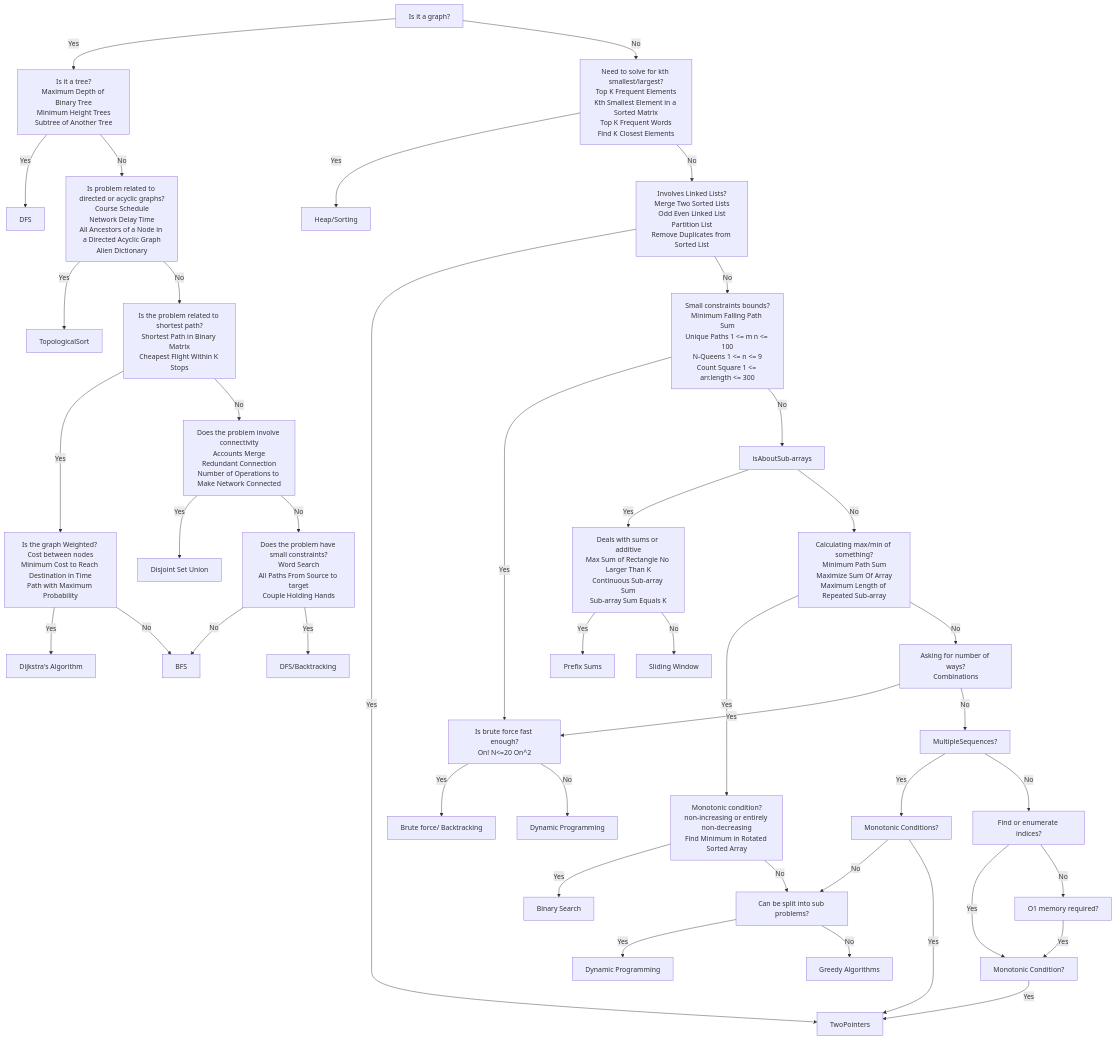
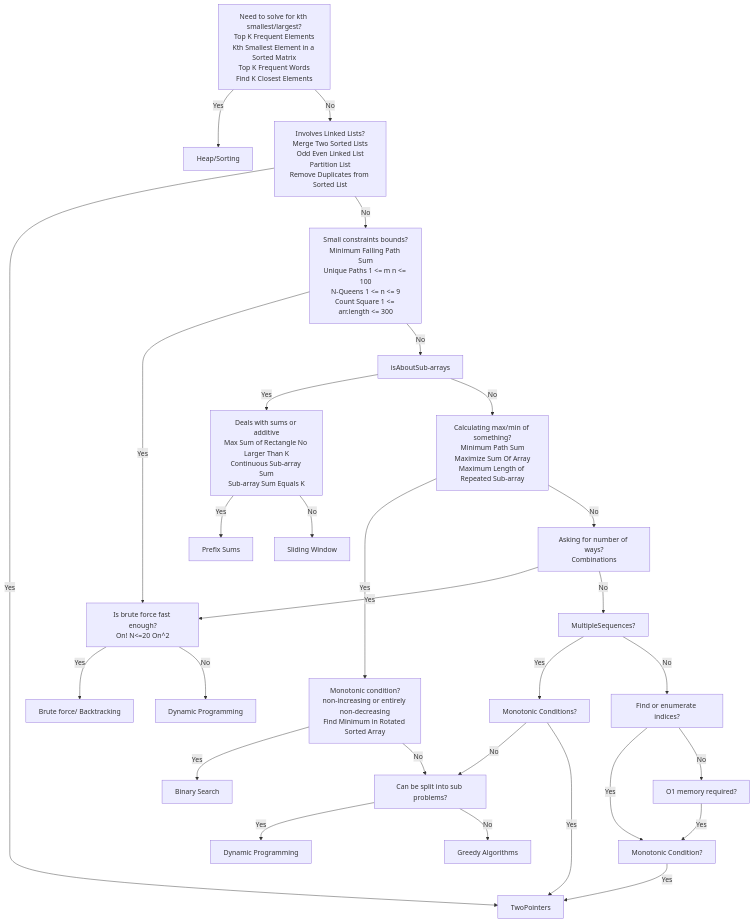
Before and after one commit to G1ukb/Sandbox_v2: the second of 2 diagrams in Leetcode/education/Algorithms.md, drawn with Mermaid.

Commit message:
- Fixed mermaid chart

````diff
--- a/Leetcode/education/Algorithms.md
+++ b/Leetcode/education/Algorithms.md
@@ -8,19 +53,5 @@
 ```mermaid
 flowchart TD
-    isGraph[Is it a graph?] -->|Yes| IsTree
-    IsTree -->|Yes| DFS
-    IsTree -->|No| isAcyclicGraphs
-    isAcyclicGraphs -->|Yes| TopologicalSort
-    isAcyclicGraphs -->|No| isShortestPathProblem
-    isShortestPathProblem -->|Yes| isWeighed
-    isWeighed -->|Yes| Dijkstra[Dijkstra's Algorithm]
-    isWeighed -->|No| BFS
-    isShortestPathProblem -->|No| isConnectivity
-    isConnectivity -->|Yes| Disjoint[Disjoint Set Union]
-    isConnectivity -->|No| isBruteForce
-    isBruteForce -->|No| BFS
-    isBruteForce -->|Yes| DFS/Backtracking
-    isGraph[Is it a graph?] -->|No| isSmallest
     isSmallest -->|Yes| Heap/Sorting
     isSmallest -->|No| isLinkedList
     isLinkedList -->|Yes| TwoPointers
@@ -52,34 +83,6 @@
     isMonotonicCondition -->|Yes| TwoPointers
     indices -->|No| O1[O1 memory required?]
     O1 -->|Yes| isMonotonicCondition
-    IsTree[Is it a tree?
-Maximum Depth of Binary Tree
-Minimum Height Trees
-Subtree of Another Tree]
-
-isAcyclicGraphs[Is problem related to directed or acyclic graphs?
-Course Schedule
-Network Delay Time
-All Ancestors of a Node in a Directed Acyclic Graph
-Alien Dictionary]
-
-isShortestPathProblem[Is the problem related to shortest path?
-Shortest Path in Binary Matrix
-Cheapest Flight Within K Stops]
-
-isWeighed[Is the graph Weighted? Cost between nodes
-Minimum Cost to Reach Destination in Time
-Path with Maximum Probability]
-
-isConnectivity[Does the problem involve connectivity
-Accounts Merge
-Redundant Connection
-Number of Operations to Make Network Connected]
-
-isBruteForce[Does the problem have small constraints?
-Word Search
-All Paths From Source to target
-Couple Holding Hands]
 
 isSmallest[Need to solve for kth smallest/largest?
 Top K Frequent Elements
````
